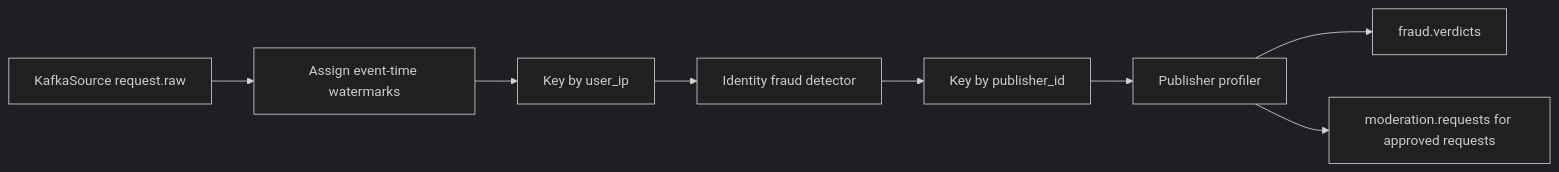
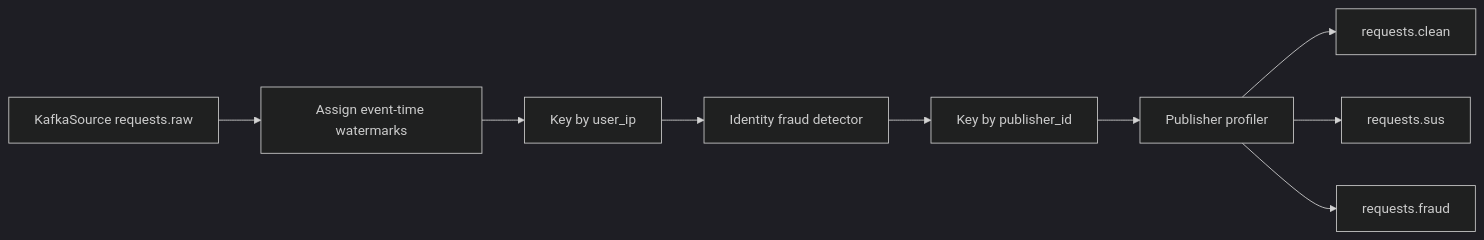
One commit to IamMistake/ai-ad-request-safety-pipeline changed the diagram in docs/flink_processing.md. Above: the diagram before and after it, drawn with Mermaid (dark theme). The commit also changed other lines of this file and 27 other files, not shown here.

Commit message:
document new architecture phase one

````diff
--- a/docs/flink_processing.md
+++ b/docs/flink_processing.md
@@ -19,10 +19,11 @@
 ```mermaid
 flowchart LR
-    A[KafkaSource request.raw] --> B[Assign event-time watermarks]
+    A[KafkaSource requests.raw] --> B[Assign event-time watermarks]
     B --> C[Key by user_ip]
     C --> D[Identity fraud detector]
     D --> E[Key by publisher_id]
     E --> F[Publisher profiler]
-    F --> G[fraud.verdicts]
-    F --> H[moderation.requests for approved requests]
+    F --> G[requests.clean]
+    F --> H[requests.sus]
+    F --> I[requests.fraud]
 ```
````
